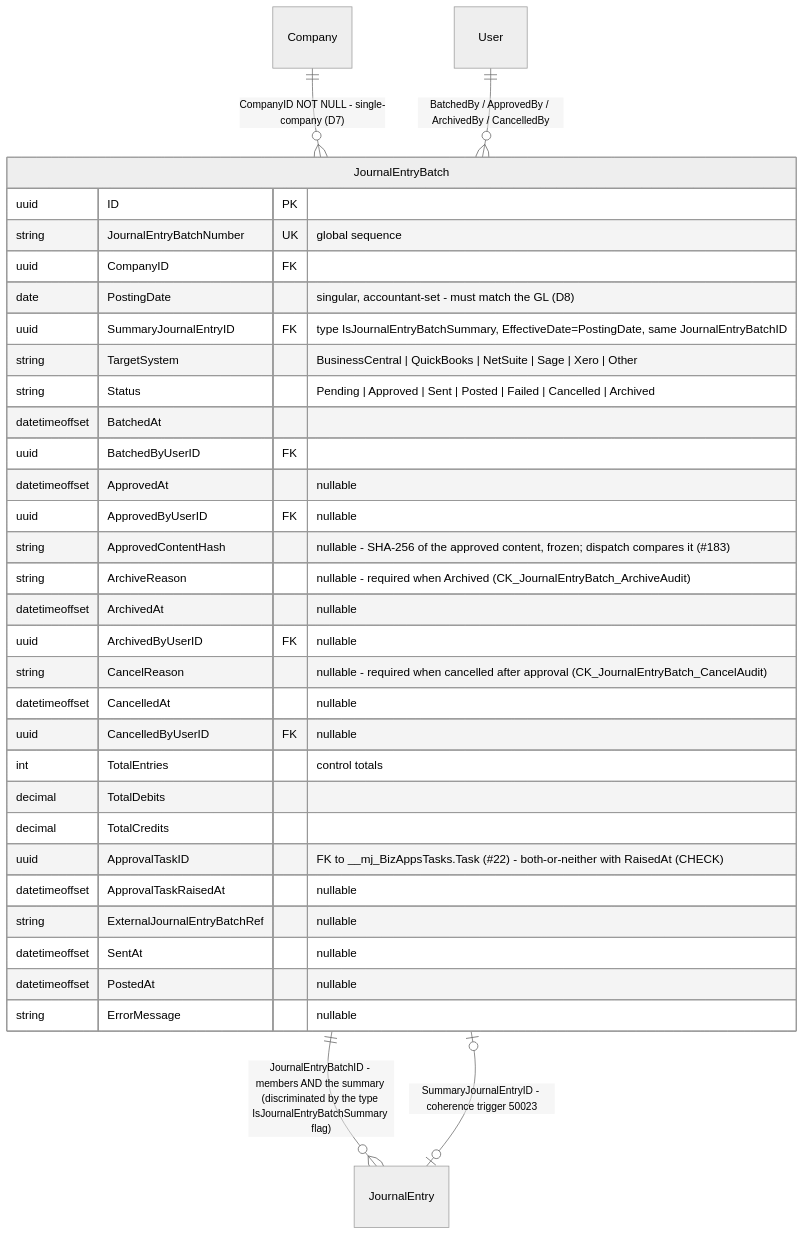
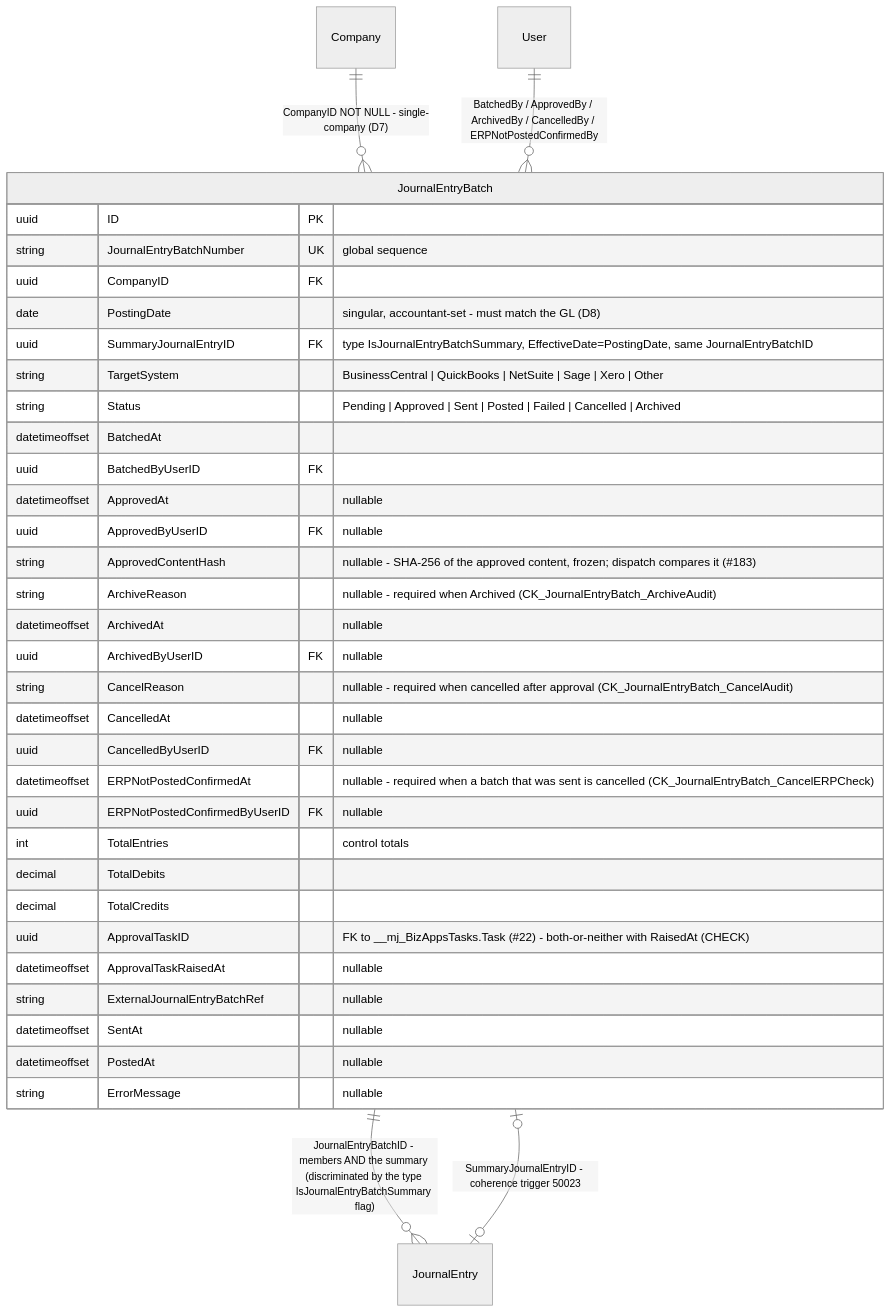
One commit to MemberJunction/bizapps-accounting changed the eighth of 13 diagrams in docs/bizapps-accounting-erd.md. Above: the diagram before and after it, drawn with Mermaid (neutral theme). The commit also changed other lines of this file and 24 other files, not shown here.

````diff
--- a/docs/bizapps-accounting-erd.md
+++ b/docs/bizapps-accounting-erd.md
@@ -728,37 +730,39 @@
 ```mermaid
 erDiagram
     Company ||--o{ JournalEntryBatch : "CompanyID NOT NULL - single-company (D7)"
     JournalEntryBatch ||--o{ JournalEntry : "JournalEntryBatchID - members AND the summary (discriminated by the type IsJournalEntryBatchSummary flag)"
     JournalEntryBatch |o--o| JournalEntry : "SummaryJournalEntryID - coherence trigger 50023"
-    User ||--o{ JournalEntryBatch : "BatchedBy / ApprovedBy / ArchivedBy / CancelledBy"
+    User ||--o{ JournalEntryBatch : "BatchedBy / ApprovedBy / ArchivedBy / CancelledBy / ERPNotPostedConfirmedBy"
 
     JournalEntryBatch {
         uuid ID PK
         string JournalEntryBatchNumber UK "global sequence"
         uuid CompanyID FK
         date PostingDate "singular, accountant-set - must match the GL (D8)"
         uuid SummaryJournalEntryID FK "type IsJournalEntryBatchSummary, EffectiveDate=PostingDate, same JournalEntryBatchID"
         string TargetSystem "BusinessCentral | QuickBooks | NetSuite | Sage | Xero | Other"
         string Status "Pending | Approved | Sent | Posted | Failed | Cancelled | Archived"
         datetimeoffset BatchedAt
         uuid BatchedByUserID FK
         datetimeoffset ApprovedAt "nullable"
         uuid ApprovedByUserID FK "nullable"
         string ApprovedContentHash "nullable - SHA-256 of the approved content, frozen; dispatch compares it (#183)"
         string ArchiveReason "nullable - required when Archived (CK_JournalEntryBatch_ArchiveAudit)"
         datetimeoffset ArchivedAt "nullable"
         uuid ArchivedByUserID FK "nullable"
         string CancelReason "nullable - required when cancelled after approval (CK_JournalEntryBatch_CancelAudit)"
         datetimeoffset CancelledAt "nullable"
         uuid CancelledByUserID FK "nullable"
+        datetimeoffset ERPNotPostedConfirmedAt "nullable - required when a batch that was sent is cancelled (CK_JournalEntryBatch_CancelERPCheck)"
+        uuid ERPNotPostedConfirmedByUserID FK "nullable"
         int TotalEntries "control totals"
         decimal TotalDebits
         decimal TotalCredits
         uuid ApprovalTaskID "FK to __mj_BizAppsTasks.Task (#22) - both-or-neither with RaisedAt (CHECK)"
         datetimeoffset ApprovalTaskRaisedAt "nullable"
         string ExternalJournalEntryBatchRef "nullable"
         datetimeoffset SentAt "nullable"
         datetimeoffset PostedAt "nullable"
         string ErrorMessage "nullable"
     }
 ```
````
